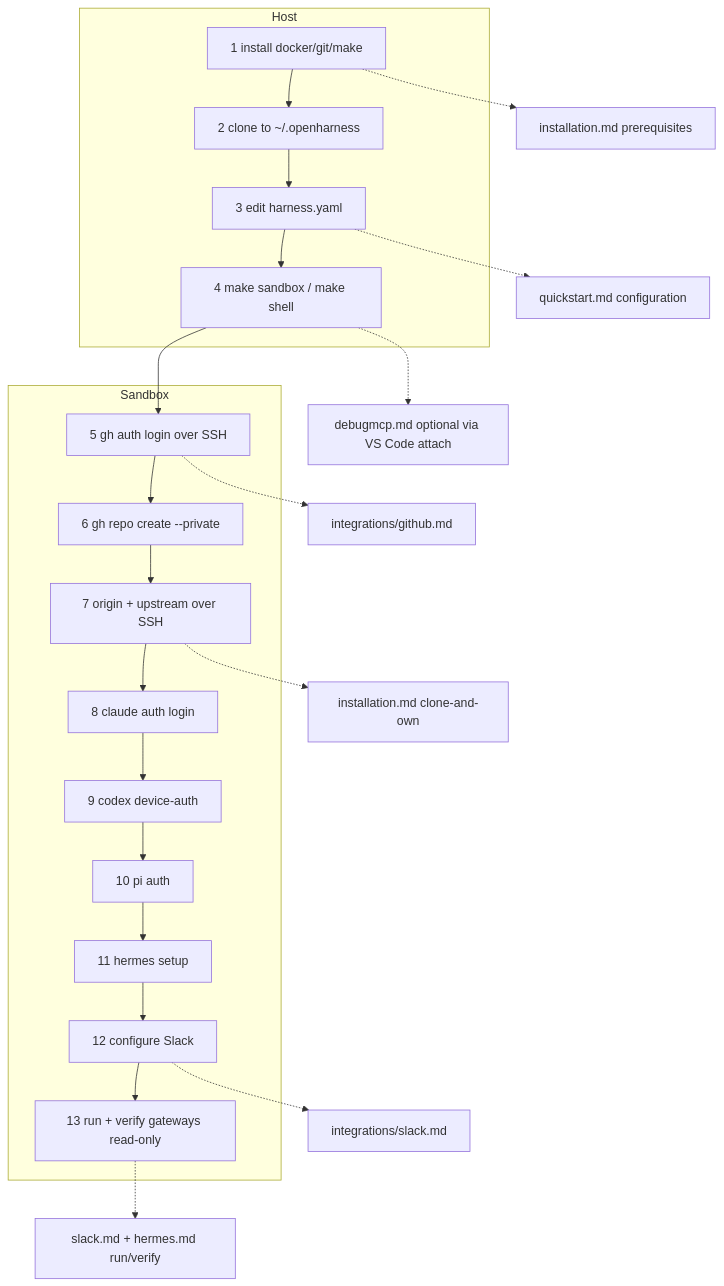
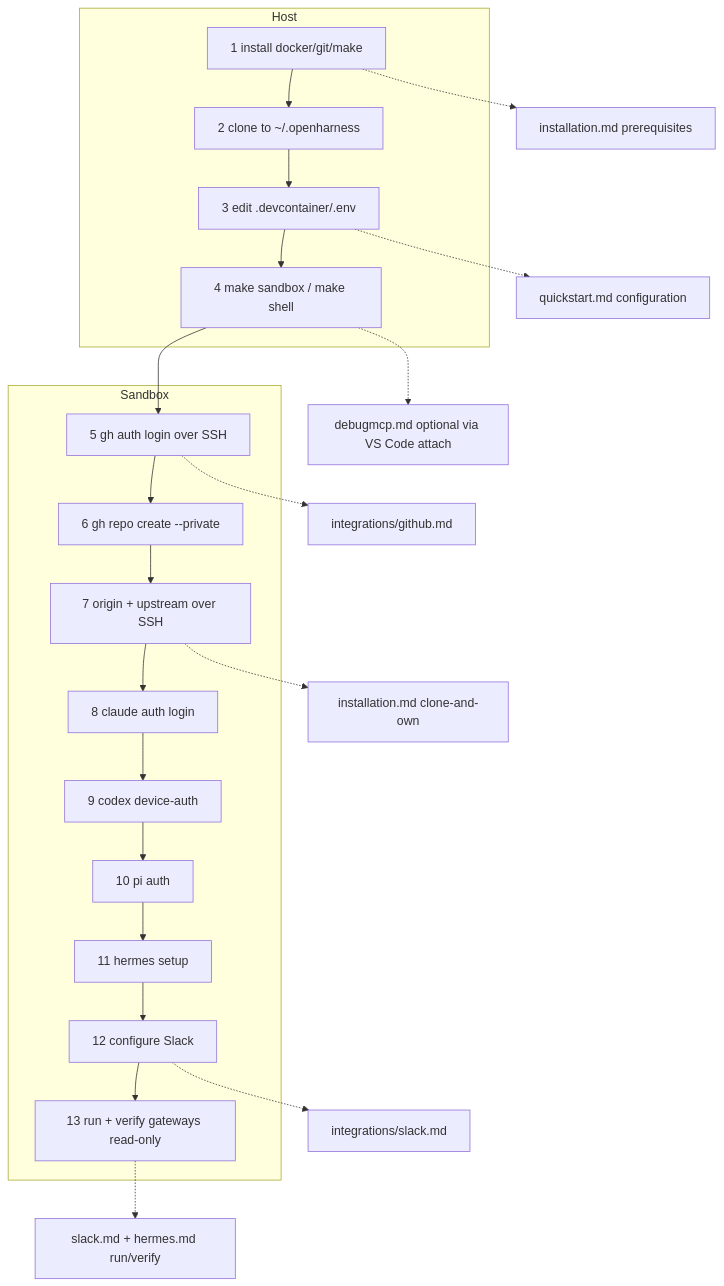
One commit to mifunedev/openharness changed the diagram in .oh/skills/wiki/corpus/fresh-machine-setup.md. Above: the diagram before and after it, drawn with Mermaid. The commit also changed other lines of this file and 85 other files, not shown here.

````diff
--- a/.oh/skills/wiki/corpus/fresh-machine-setup.md
+++ b/.oh/skills/wiki/corpus/fresh-machine-setup.md
@@ -75,26 +76,26 @@
 ```mermaid
 flowchart TD
   subgraph Host
     S1[1 install docker/git/make] --> S2[2 clone to ~/.openharness]
-    S2 --> S3[3 edit harness.yaml]
+    S2 --> S3[3 edit .devcontainer/.env]
     S3 --> S4[4 make sandbox / make shell]
   end
   subgraph Sandbox
     S4 --> S5[5 gh auth login over SSH]
     S5 --> S6[6 gh repo create --private]
     S6 --> S7[7 origin + upstream over SSH]
     S7 --> S8[8 claude auth login]
     S8 --> S9[9 codex device-auth]
     S9 --> S10[10 pi auth]
     S10 --> S11[11 hermes setup]
     S11 --> S12[12 configure Slack]
     S12 --> S13[13 run + verify gateways read-only]
   end
   S1 -.-> D1[installation.md prerequisites]
   S3 -.-> D2[quickstart.md configuration]
   S5 -.-> D3[integrations/github.md]
   S7 -.-> D4[installation.md clone-and-own]
   S4 -.-> D6[debugmcp.md optional via VS Code attach]
   S12 -.-> D7[integrations/slack.md]
   S13 -.-> D8[slack.md + hermes.md run/verify]
 ```
````
